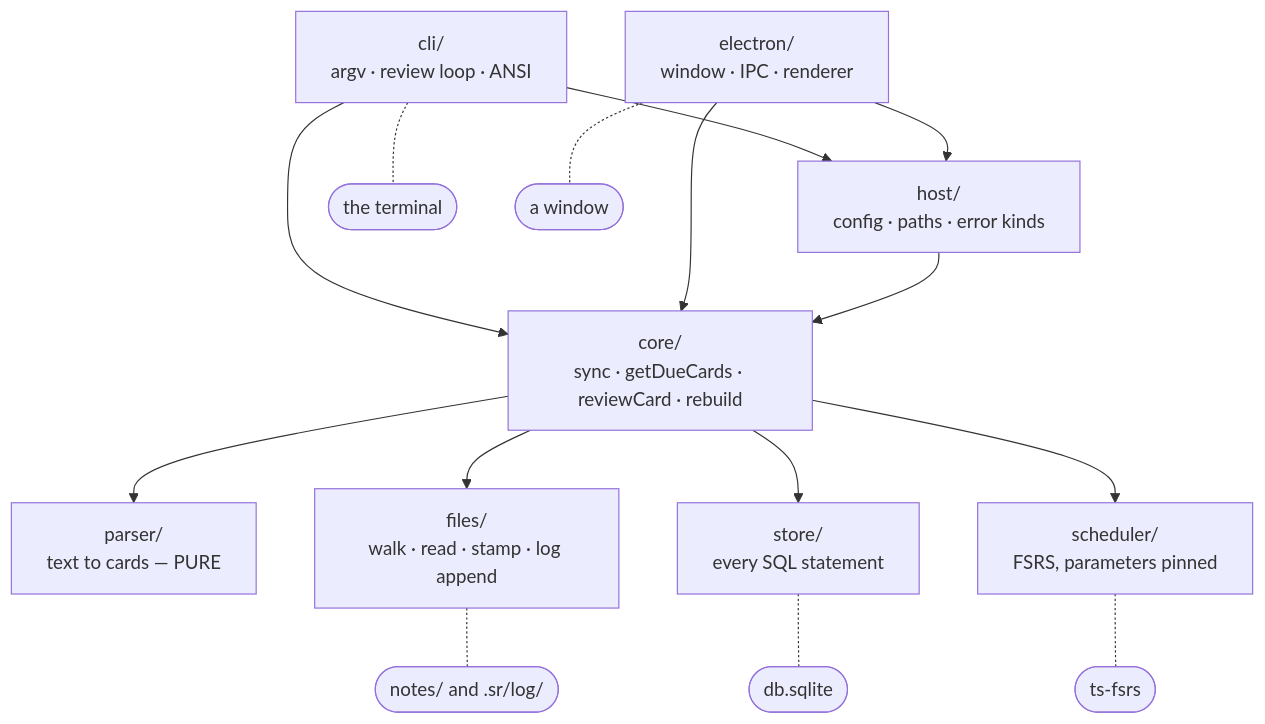
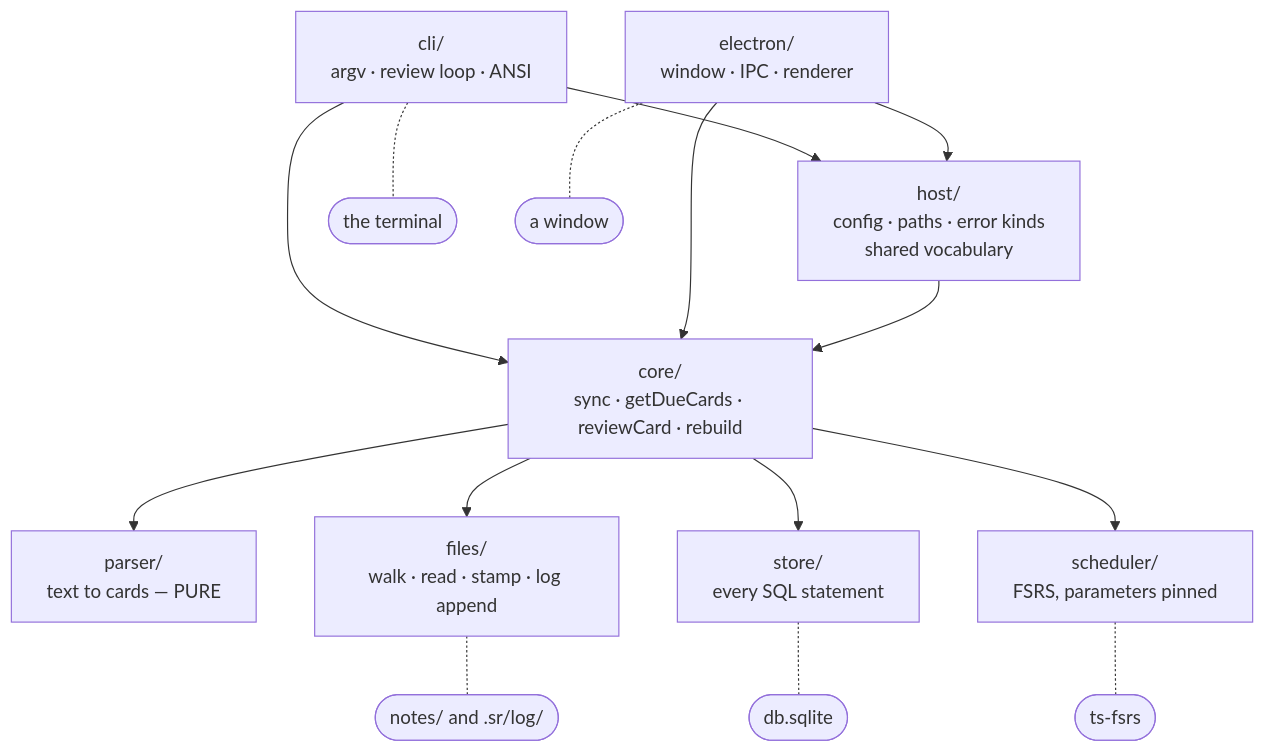
Before and after one commit to T1Fleming/GeodeMd: the diagram in docs/design/module-map.md, drawn with Mermaid. The commit also changed 7 other files, not shown here.

````diff
--- a/docs/design/module-map.md
+++ b/docs/design/module-map.md
@@ -7,33 +7,33 @@
 ```mermaid
 flowchart TD
     cli["cli/<br/>argv · review loop · ANSI"]
     electron["electron/<br/>window · IPC · renderer"]
-    host["host/<br/>config · paths · error kinds"]
+    host["host/<br/>config · paths · error kinds<br/>shared vocabulary"]
     core["core/<br/>sync · getDueCards · reviewCard · rebuild"]
     parser["parser/<br/>text to cards — PURE"]
     files["files/<br/>walk · read · stamp · log append"]
     store["store/<br/>every SQL statement"]
     sched["scheduler/<br/>FSRS, parameters pinned"]
 
     term(["the terminal"])
     gui(["a window"])
     disk(["notes/ and .sr/log/"])
     sqlite(["db.sqlite"])
     tsfsrs(["ts-fsrs"])
 
     cli --> host
     electron --> host
     cli --> core
     electron --> core
     host --> core
     core --> parser
     core --> files
     core --> store
     core --> sched
 
     cli -.- term
     electron -.- gui
     files -.- disk
     store -.- sqlite
     sched -.- tsfsrs
 ```
````
